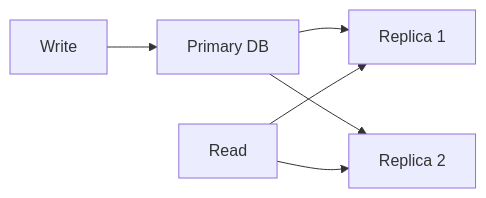
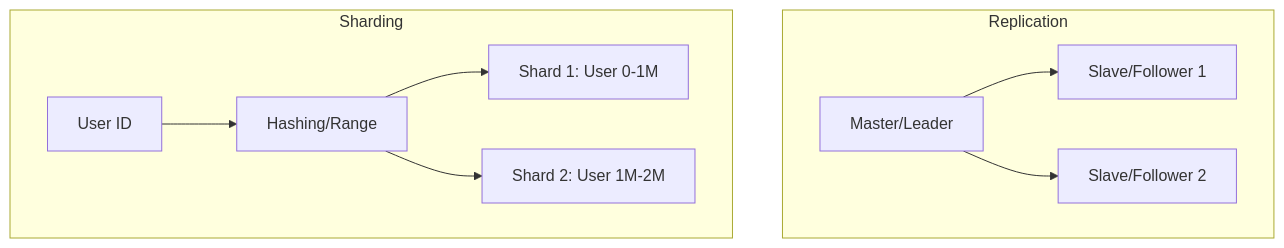
One commit to xujoncep/learning changed the diagram in handnote/system-design/04-database-scaling-replication-sharding.md. Above: the diagram before and after it, drawn with Mermaid. The commit also changed other lines of this file and 7 other files, not shown here.

````diff
--- a/handnote/system-design/04-database-scaling-replication-sharding.md
+++ b/handnote/system-design/04-database-scaling-replication-sharding.md
@@ -20,8 +11,12 @@
 ```mermaid
-flowchart LR
-  W[Write] --> P[Primary DB]
-  P --> R1[Replica 1]
-  P --> R2[Replica 2]
-  Q[Read] --> R1
-  Q --> R2
+graph TD
+    subgraph Replication
+    M[Master/Leader] --> S1[Slave/Follower 1]
+    M --> S2[Slave/Follower 2]
+    end
+    subgraph Sharding
+    U[User ID] --> H[Hashing/Range]
+    H --> DB1[Shard 1: User 0-1M]
+    H --> DB2[Shard 2: User 1M-2M]
+    end
 ```
````
